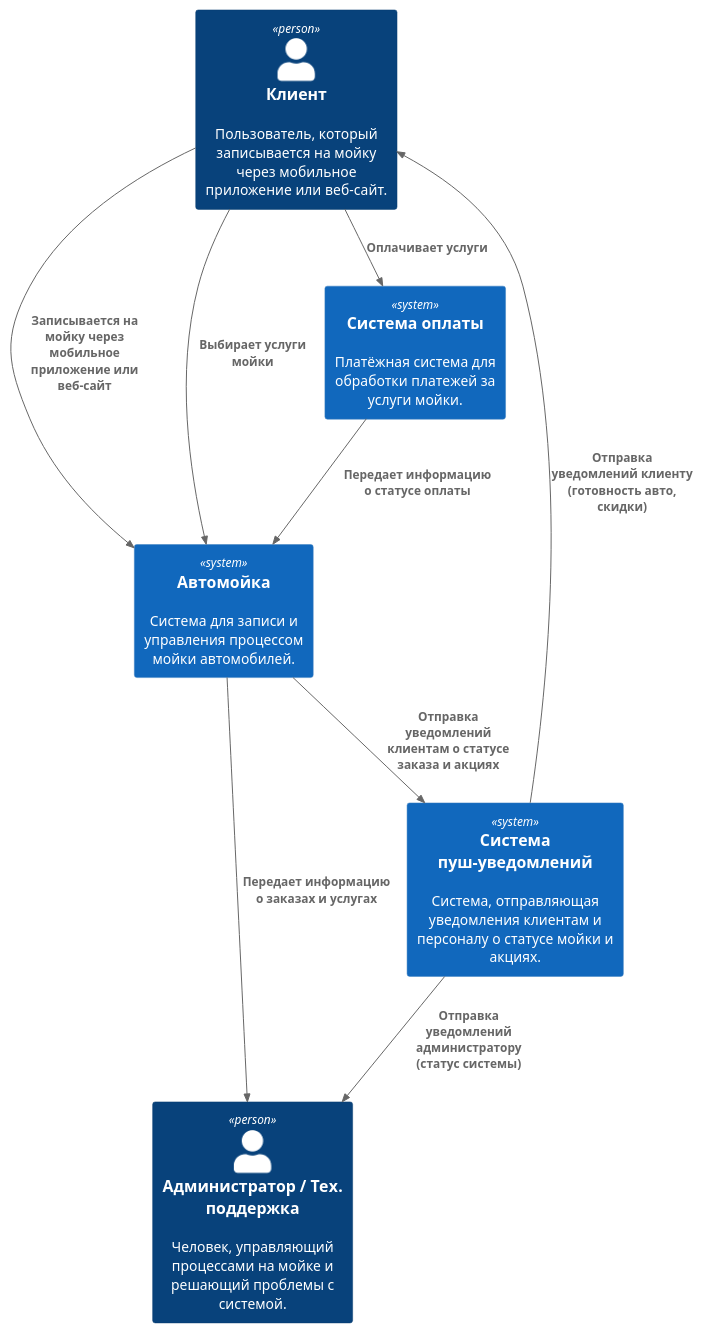
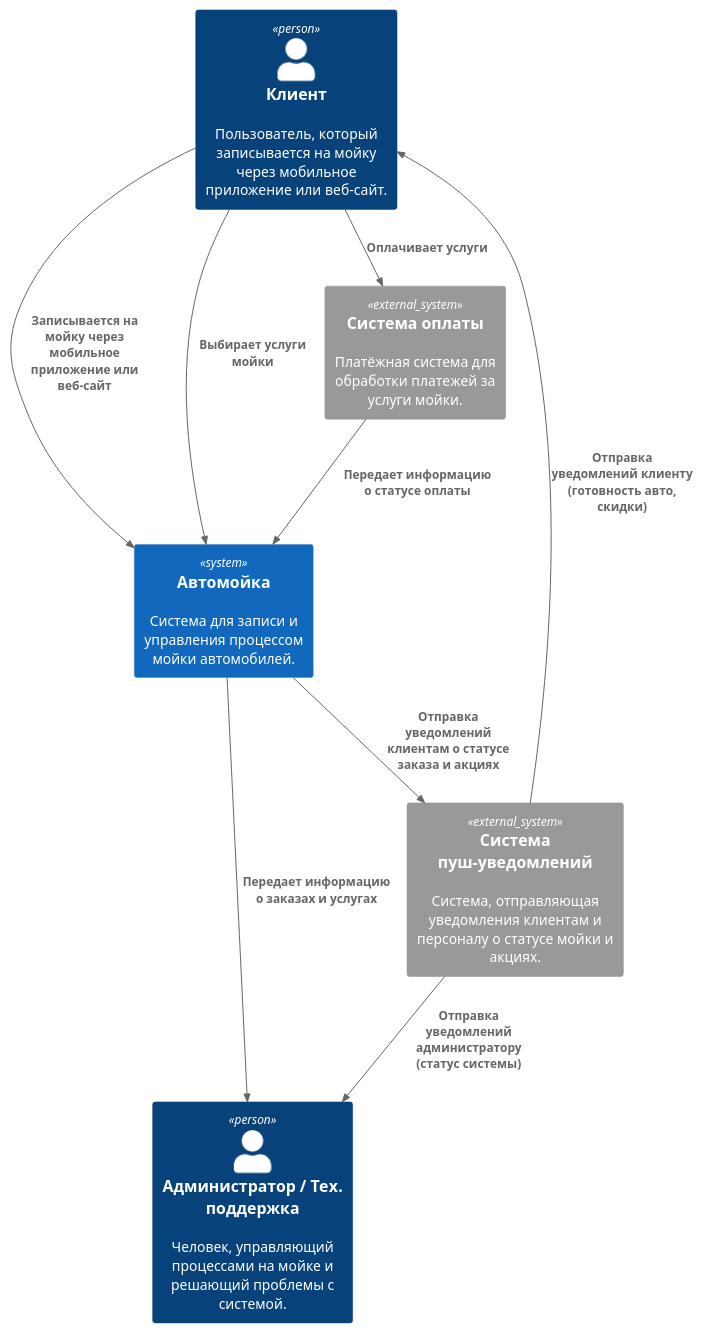
One commit to MovingX/Integration-of-information-systems changed the second of 4 diagrams in README.md. Above: the diagram before and after it, drawn with PlantUML.

````diff
--- a/README.md
+++ b/README.md
@@ -447,24 +447,24 @@
 ```plantuml
 
 @startuml
 !include https://raw.githubusercontent.com/plantuml-stdlib/C4-PlantUML/master/C4_Context.puml
 
 ' Определение участников
 Person(клиент, "Клиент", "Пользователь, который записывается на мойку через мобильное приложение или веб-сайт.")
 Person(администратор_техПоддержка, "Администратор / Тех. поддержка", "Человек, управляющий процессами на мойке и решающий проблемы с системой.")
 System(автомойка, "Автомойка", "Система для записи и управления процессом мойки автомобилей.")
-System(системаОплаты, "Система оплаты", "Платёжная система для обработки платежей за услуги мойки.")
-System(системаПушУведомлений, "Система пуш-уведомлений", "Система, отправляющая уведомления клиентам и персоналу о статусе мойки и акциях.")
+System_Ext(системаОплаты, "Система оплаты", "Платёжная система для обработки платежей за услуги мойки.")
+System_Ext(системаПушУведомлений, "Система пуш-уведомлений", "Система, отправляющая уведомления клиентам и персоналу о статусе мойки и акциях.")
 
 ' Взаимодействия
 Rel(клиент, автомойка, "Записывается на мойку через мобильное приложение или веб-сайт")
 Rel(клиент, автомойка, "Выбирает услуги мойки")
 Rel(клиент, системаОплаты, "Оплачивает услуги")
 Rel(системаОплаты, автомойка, "Передает информацию о статусе оплаты")
 Rel(автомойка, администратор_техПоддержка, "Передает информацию о заказах и услугах")
 Rel(автомойка, системаПушУведомлений, "Отправка уведомлений клиентам о статусе заказа и акциях")
 Rel(системаПушУведомлений, клиент, "Отправка уведомлений клиенту (готовность авто, скидки)")
 Rel(системаПушУведомлений, администратор_техПоддержка, "Отправка уведомлений администратору (статус системы)")
 @enduml
 
 ```
````
